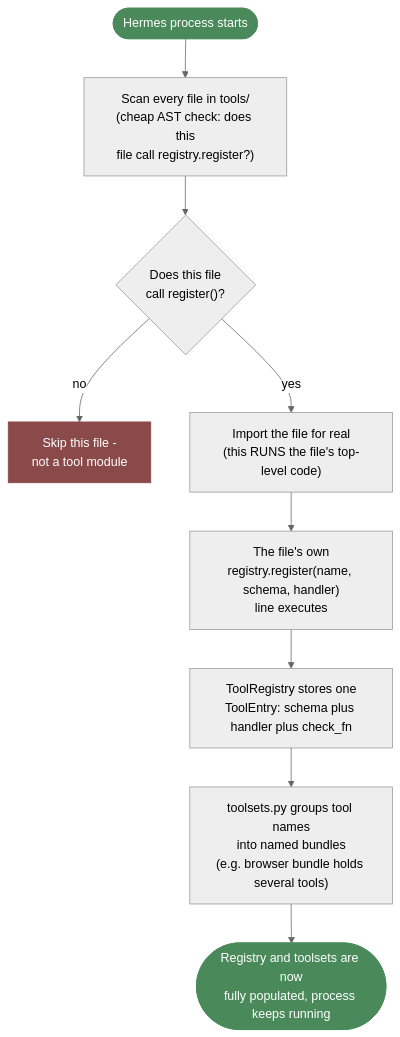
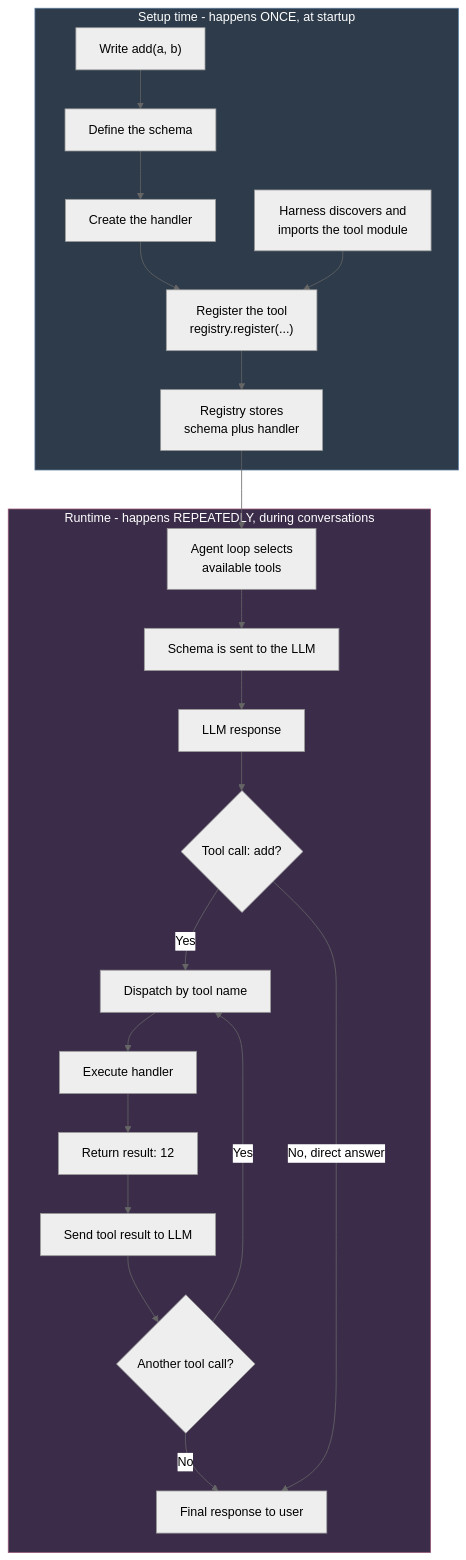
One commit to p229279-cmyk/oranare changed the diagram in docs/learn/day-02/02-tool-registry/00-big-picture.md. Above: the diagram before and after it, drawn with Mermaid (neutral theme). The commit also changed other lines of this file, not shown here.

````diff
--- a/docs/learn/day-02/02-tool-registry/00-big-picture.md
+++ b/docs/learn/day-02/02-tool-registry/00-big-picture.md
@@ -55,20 +444,38 @@
 ```mermaid
 flowchart TB
-    START(["Hermes process starts"])
-    SCAN["Scan every file in tools/<br/>(cheap AST check: does this<br/>file call registry.register?)"]
-    FILTER{"Does this file<br/>call register()?"}
-    SKIP["Skip this file -<br/>not a tool module"]
-    IMPORT["Import the file for real<br/>(this RUNS the file's top-level code)"]
-    REGCALL["The file's own<br/>registry.register(name, schema, handler)<br/>line executes"]
-    STORE["ToolRegistry stores one<br/>ToolEntry: schema plus handler plus check_fn"]
-    BUNDLE["toolsets.py groups tool names<br/>into named bundles<br/>(e.g. browser bundle holds several tools)"]
-    READY(["Registry and toolsets are now<br/>fully populated, process keeps running"])
+    subgraph SETUP["Setup time - happens ONCE, at startup"]
+        A1["Write add(a, b)"]
+        A2["Define the schema"]
+        A3["Create the handler"]
+        A4["Register the tool<br/>registry.register(...)"]
+        A5["Harness discovers and<br/>imports the tool module"]
+        A6["Registry stores<br/>schema plus handler"]
+        A1 --> A2 --> A3 --> A4
+        A5 --> A4
+        A4 --> A6
+    end
 
-    START --> SCAN --> FILTER
-    FILTER -->|no| SKIP
-    FILTER -->|yes| IMPORT --> REGCALL --> STORE --> BUNDLE --> READY
+    subgraph RUNTIME["Runtime - happens REPEATEDLY, during conversations"]
+        B1["Agent loop selects<br/>available tools"]
+        B2["Schema is sent to the LLM"]
+        B3["LLM response"]
+        B4{"Tool call: add?"}
+        B5["Dispatch by tool name"]
+        B6["Execute handler"]
+        B7["Return result: 12"]
+        B8["Send tool result to LLM"]
+        B9{"Another tool call?"}
+        B10["Final response to user"]
 
-    style START fill:#4a8a5a,stroke:#4a8a5a,color:#ffffff
-    style READY fill:#4a8a5a,stroke:#4a8a5a,color:#ffffff
-    style SKIP fill:#8a4a4a,stroke:#8a4a4a,color:#ffffff
+        B1 --> B2 --> B3 --> B4
+        B4 -->|Yes| B5 --> B6 --> B7 --> B8 --> B9
+        B9 -->|Yes| B5
+        B9 -->|No| B10
+        B4 -->|No, direct answer| B10
+    end
+
+    A6 --> B1
+
+    style SETUP fill:#2d3b4a,stroke:#5a7a9a,color:#ffffff
+    style RUNTIME fill:#3b2d4a,stroke:#9a5a7a,color:#ffffff
 ```
````
